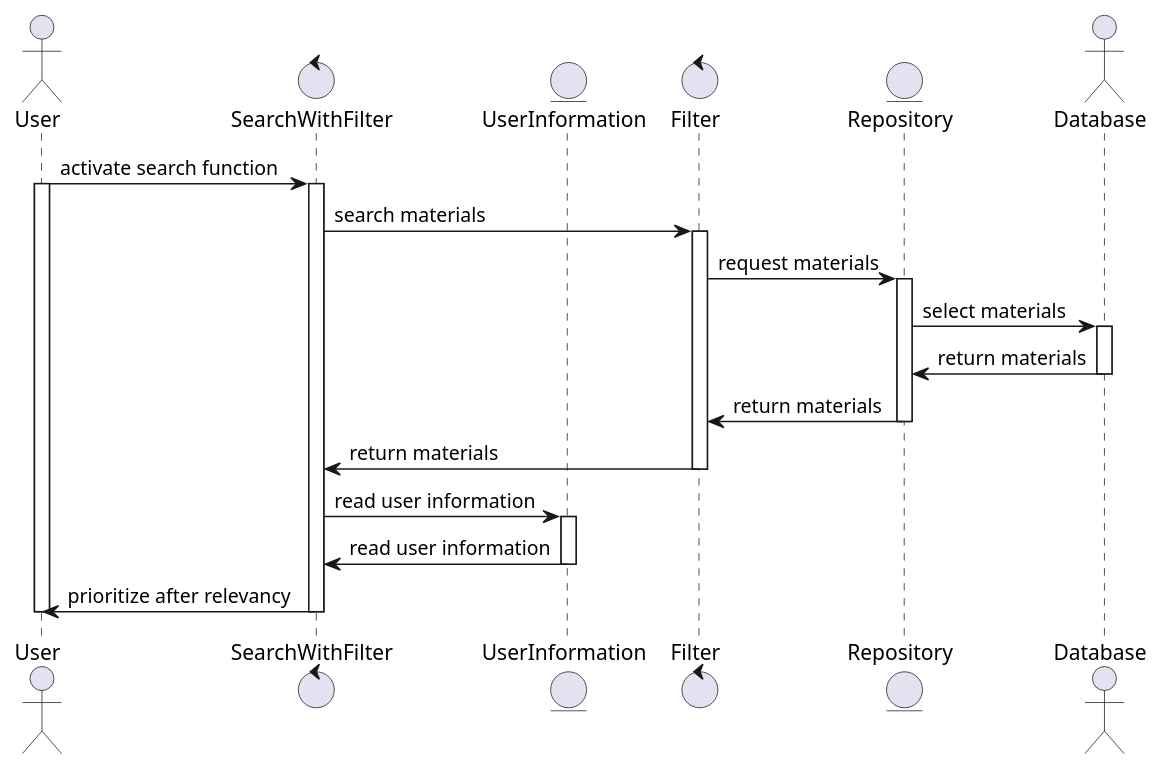
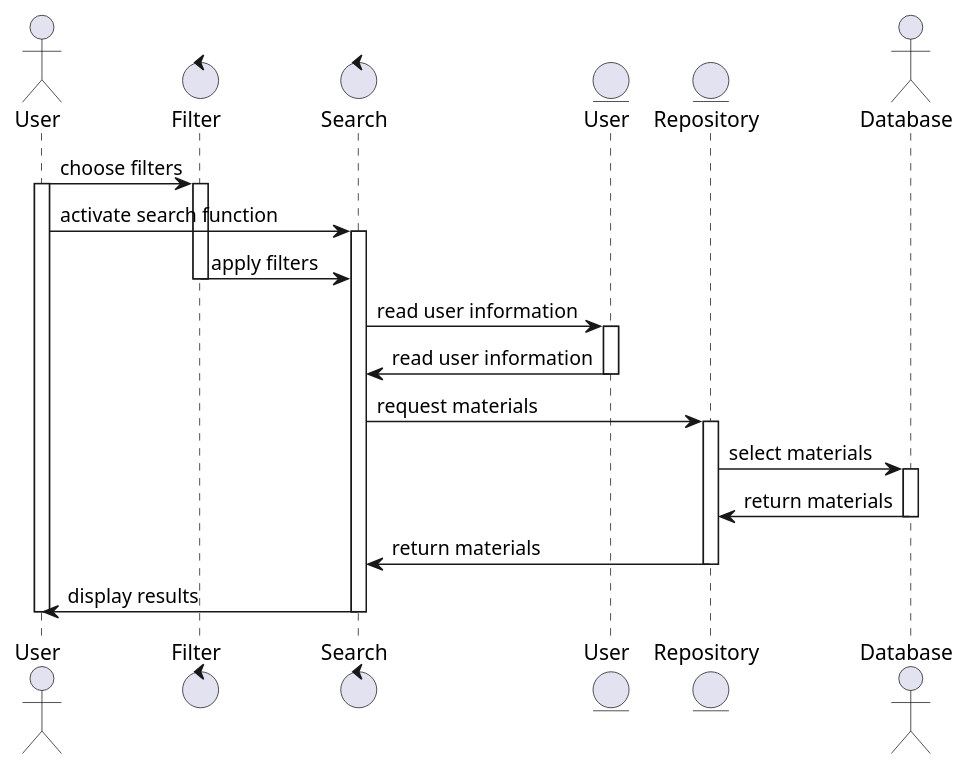
Before and after one commit to toffernator/blueberry: the diagram in docs/uml/search-with-filter-sequence.puml, drawn with PlantUML. The commit also changed 2 other files, not shown here.

Commit message:
Update diagrams to better match program

```diff
--- a/docs/uml/search-with-filter-sequence.puml
+++ b/docs/uml/search-with-filter-sequence.puml
@@ -1,39 +1,41 @@
 @startuml
 
 actor User as user
-control SearchWithFilter as search
-entity UserInformation as userInformation
 control Filter as filter
+control Search as search
+entity User as userInformation
 entity Repository as repository
 actor Database as database
 
+user -> filter : choose filters 
+activate user
+activate filter
 user -> search : activate search function
-activate user
 activate search
+filter -> search : apply filters 
+deactivate filter
 
-search -> filter : search materials
-activate filter
 
-filter -> repository : request materials
+
+search -> userInformation : read user information
+activate userInformation
+userInformation -> search : read user information
+deactivate userInformation
+
+search -> repository : request materials
 activate repository
 
 repository -> database : select materials
 activate database
 database -> repository : return materials
 deactivate database
 
-repository -> filter : return materials
+repository -> search : return materials
 deactivate repository
-filter -> search : return materials
-deactivate filter
 
-search -> userInformation : read user information
-activate userInformation
-userInformation -> search : read user information
-deactivate userInformation
 
-search -> user : prioritize after relevancy
+search -> user : display results 
 deactivate search
 deactivate user
 
 @enduml
```
